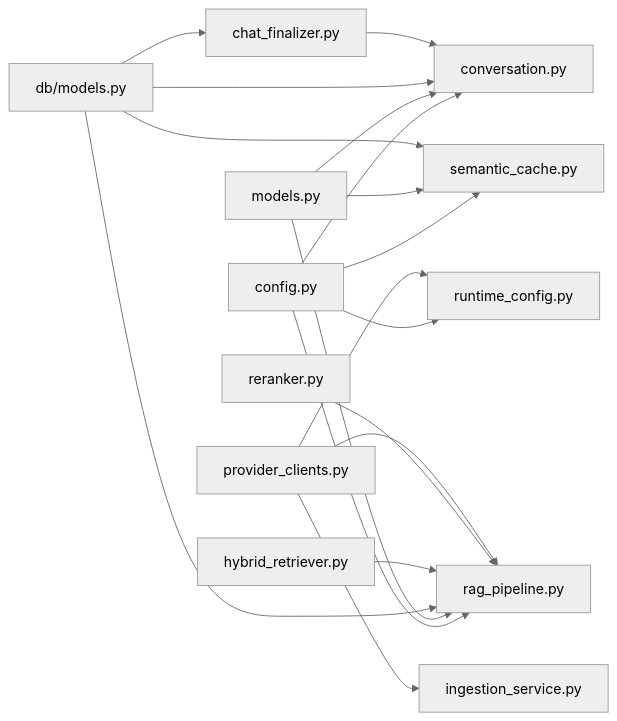
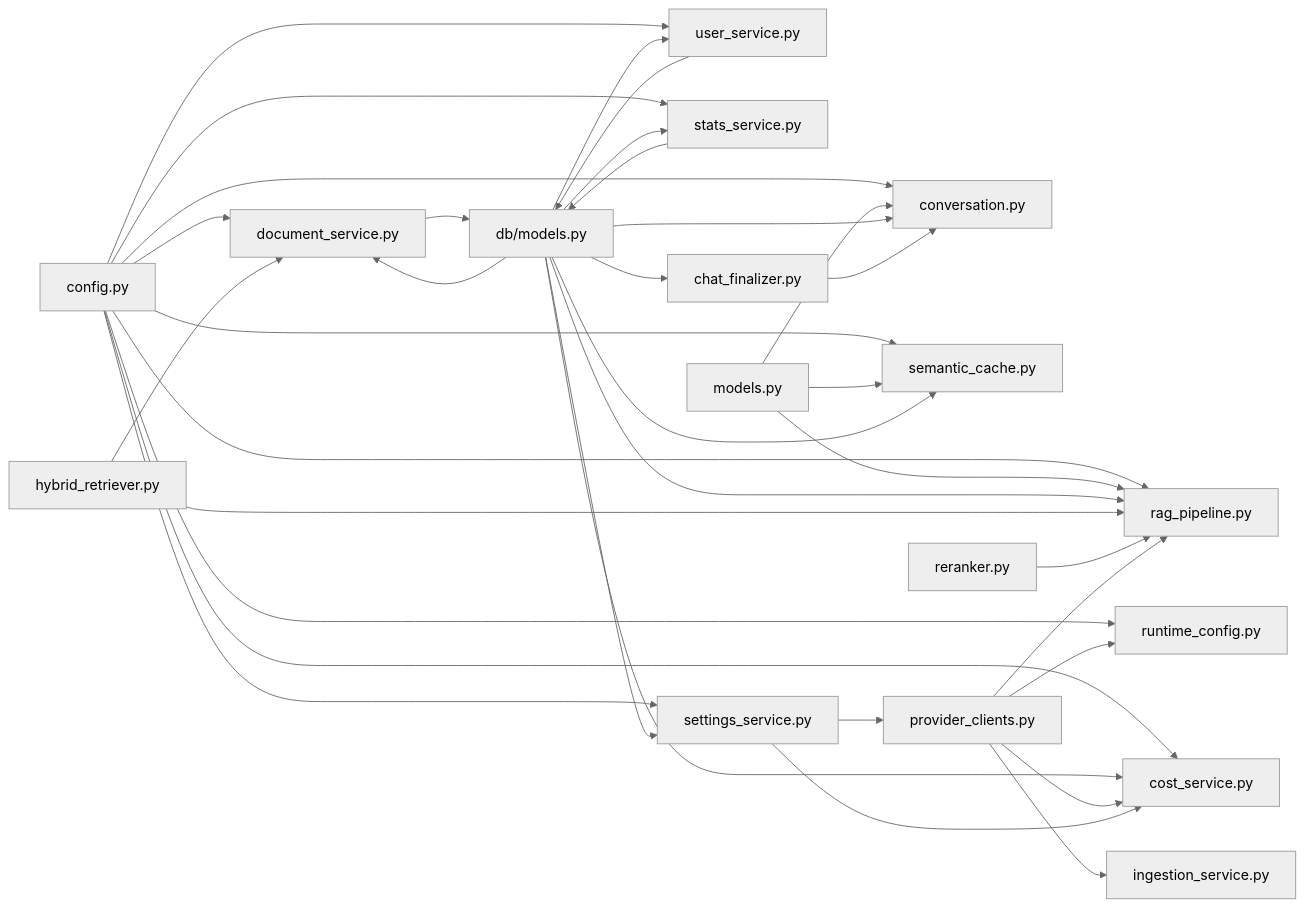
Before and after one commit to genes8/private-ai: diagram 14 of 14 in .qoder/repowiki/en/content/Backend Development/Service Layer/Service Layer.md, drawn with Mermaid (neutral theme). The commit also changed other lines of this file and 55 other files, not shown here.

````diff
--- a/.qoder/repowiki/en/content/Backend Development/Service Layer/Service Layer.md
+++ b/.qoder/repowiki/en/content/Backend Development/Service Layer/Service Layer.md
@@ -555,20 +815,37 @@
 ```mermaid
 graph LR
 CFG["config.py"] --> CS["conversation.py"]
 CFG --> RP["rag_pipeline.py"]
 CFG --> SC["semantic_cache.py"]
 CFG --> RC["runtime_config.py"]
+CFG --> COST["cost_service.py"]
+CFG --> DOC["document_service.py"]
+CFG --> USER["user_service.py"]
+CFG --> STATS["stats_service.py"]
+CFG --> SETT["settings_service.py"]
 MOD["models.py"] --> CS
 MOD --> RP
 MOD --> SC
 DBM["db/models.py"] --> CS
 DBM --> RP
 DBM --> SC
 DBM --> CF["chat_finalizer.py"]
+DBM --> COST
+DBM --> DOC
+DBM --> USER
+DBM --> STATS
+DBM --> SETT
 HR["hybrid_retriever.py"] --> RP
+HR --> DOC
 RR["reranker.py"] --> RP
 PC["provider_clients.py"] --> RP
 PC --> IS["ingestion_service.py"]
 PC --> RC
+PC --> COST
 CF --> CS
+SETT --> PC
+SETT --> COST
+USER --> DBM
+DOC --> DBM
+STATS --> DBM
 ```
````
